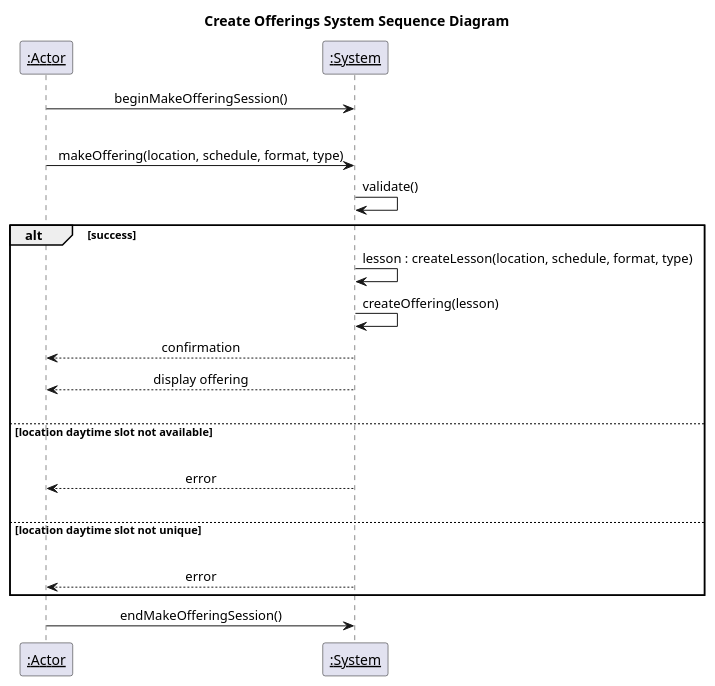
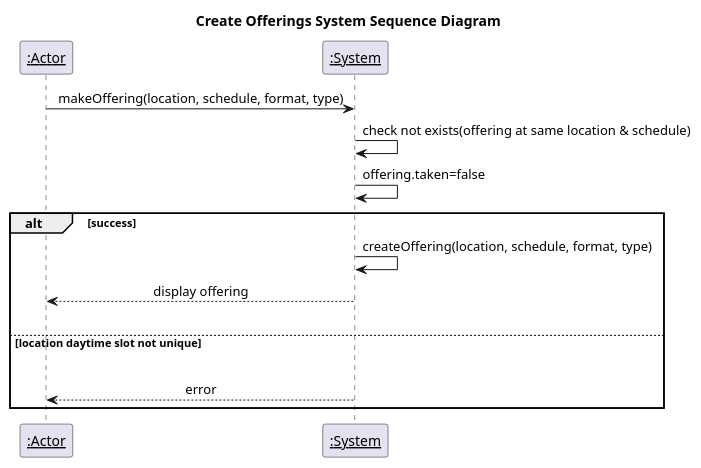
One commit to PrinceOfNothingg/Lesson-Booking-Management-System changed the second of 4 diagrams in deliverables/2024-10-18/offering-system-sequence-diagram.md. Above: the diagram before and after it, drawn with PlantUML. The commit also changed other lines of this file and 29 other files, not shown here.

````diff
--- a/deliverables/2024-10-18/offering-system-sequence-diagram.md
+++ b/deliverables/2024-10-18/offering-system-sequence-diagram.md
@@ -51,36 +55,25 @@
 ``` plantuml
 @startuml
 participant "__:Actor__" as actor
 participant "__:System__" as system
 
 title Create Offerings System Sequence Diagram
 
 skinparam sequenceMessageAlign center
 
-
-actor -> system : beginMakeOfferingSession()
-|||
 actor -> system : makeOffering(location, schedule, format, type)
 
-
-system -> system : validate()
+system -> system : check not exists(offering at same location & schedule)
+system -> system : offering.taken=false
 
 alt success
-  system -> system : lesson : createLesson(location, schedule, format, type)
-  system -> system : createOffering(lesson)
-  system --> actor : confirmation
+  system -> system : createOffering(location, schedule, format, type)
   system --> actor : display offering
-|||
-else location daytime slot not available
-|||
-  system --> actor : error
 |||
 else location daytime slot not unique
 |||
   system --> actor : error
 end
 
-actor -> system : endMakeOfferingSession()
-
 @enduml
 ```
````
